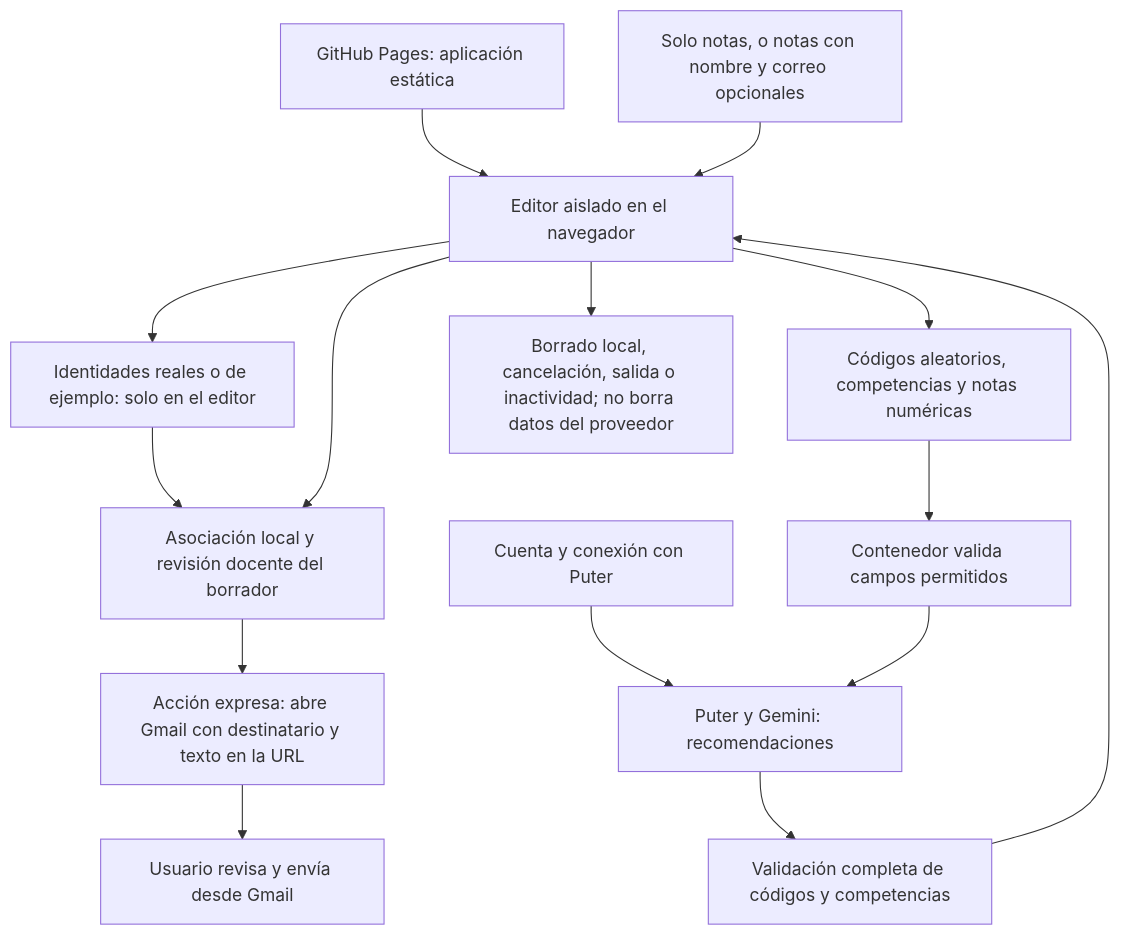
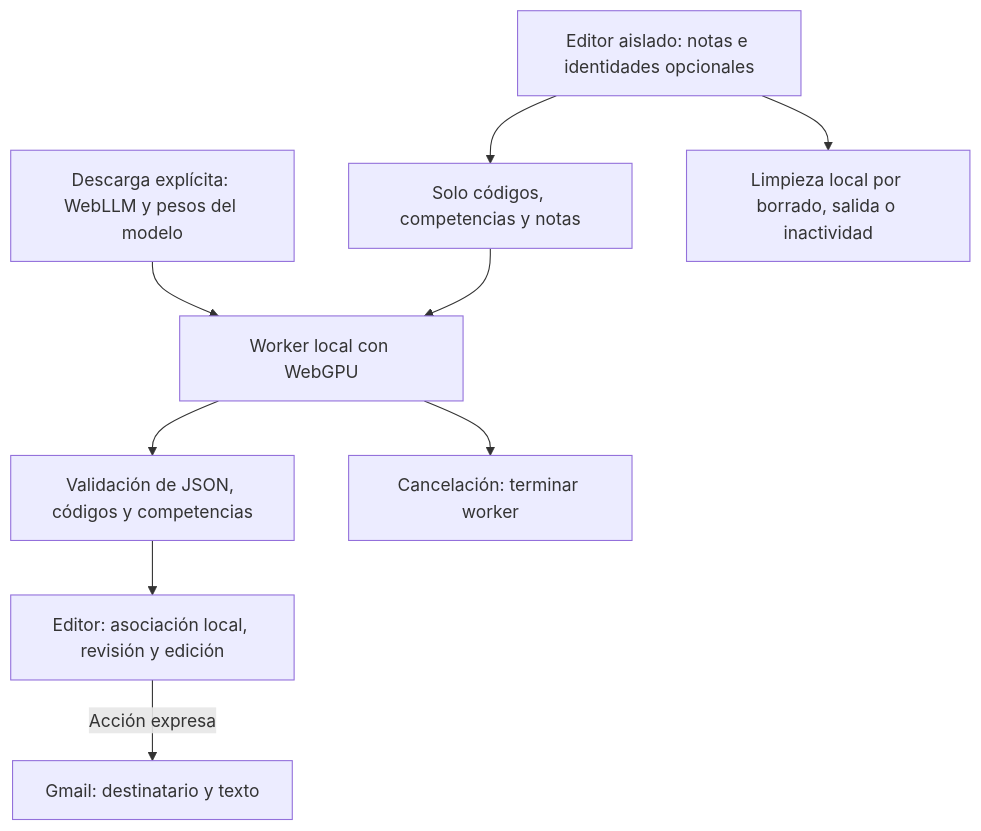
The diagram in README.md (cuatrovientos-ci/cc-feedback), drawn with Mermaid before and after one commit. The commit also changed other lines of this file and 9 other files, not shown here.

Commit message:
experimental: local llm in web browser

````diff
--- a/README.md
+++ b/README.md
@@ -19,17 +31,11 @@
 ```mermaid
 flowchart TD
-    P["GitHub Pages: aplicación estática"] --> E["Editor aislado en el navegador"]
-    N["Solo notas, o notas con nombre y correo opcionales"] --> E
-    E --> I["Identidades reales o de ejemplo: solo en el editor"]
-    E --> C["Códigos aleatorios, competencias y notas numéricas"]
-    C --> V["Contenedor valida campos permitidos"]
-    U["Cuenta y conexión con Puter"] --> AI["Puter y Gemini: recomendaciones"]
-    V --> AI
-    AI --> R["Validación completa de códigos y competencias"]
-    R --> E
-    I --> H["Asociación local y revisión docente del borrador"]
-    E --> H
-    H --> G["Acción expresa: abre Gmail con destinatario y texto en la URL"]
-    G --> M["Usuario revisa y envía desde Gmail"]
-    E --> X["Borrado local, cancelación, salida o inactividad; no borra datos del proveedor"]
+    D["Descarga explícita: WebLLM y pesos del modelo"] --> W["Worker local con WebGPU"]
+    E["Editor aislado: notas e identidades opcionales"] --> P["Solo códigos, competencias y notas"]
+    P --> W
+    W --> V["Validación de JSON, códigos y competencias"]
+    V --> R["Editor: asociación local, revisión y edición"]
+    R -->|"Acción expresa"| G["Gmail: destinatario y texto"]
+    E --> X["Limpieza local por borrado, salida o inactividad"]
+    W --> C["Cancelación: terminar worker"]
 ```
````
